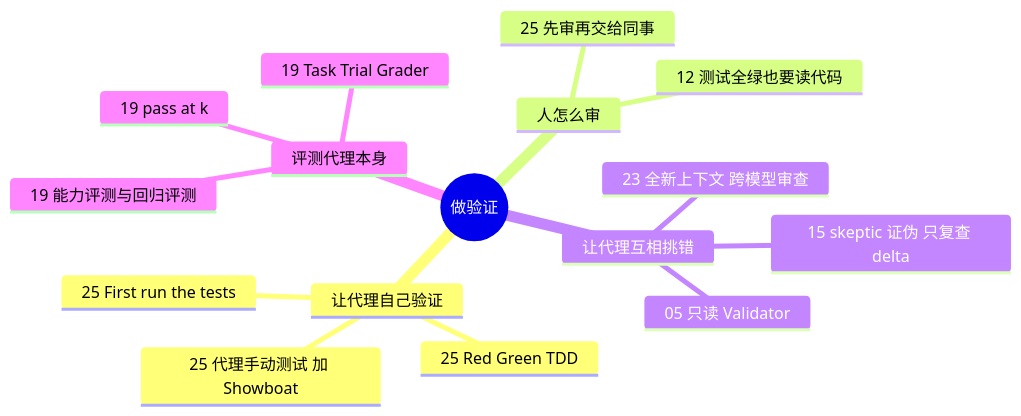
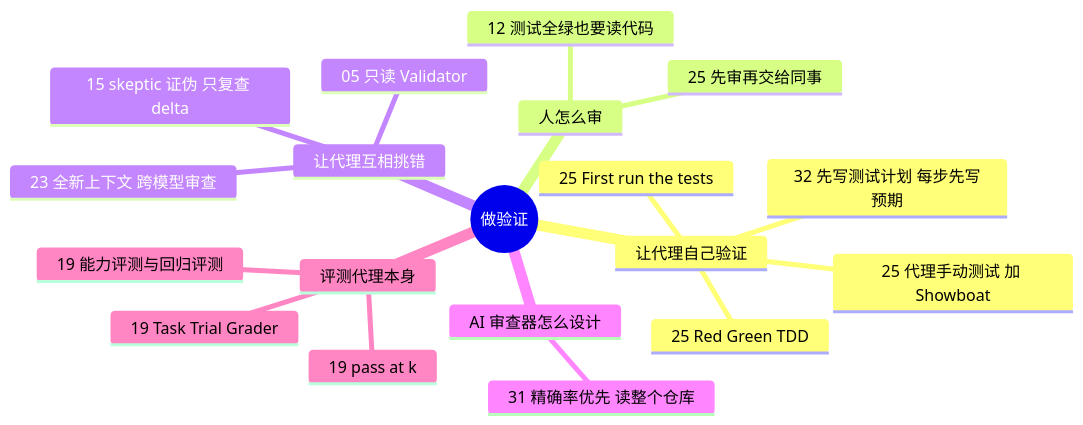
One commit to yzw7489757/ai-coding-videos changed the diagram in docs/guide/verification.md. Above: the diagram before and after it, drawn with Mermaid. The commit also changed other lines of this file and 34 other files, not shown here.

````diff
--- a/docs/guide/verification.md
+++ b/docs/guide/verification.md
@@ -13,19 +13,22 @@
 ```mermaid
 mindmap
   root((做验证))
     让代理自己验证
       25 Red Green TDD
       25 First run the tests
       25 代理手动测试 加 Showboat
+      32 先写测试计划 每步先写预期
     人怎么审
       12 测试全绿也要读代码
       25 先审再交给同事
     让代理互相挑错
       15 skeptic 证伪 只复查 delta
       05 只读 Validator
       23 全新上下文 跨模型审查
+    AI 审查器怎么设计
+      31 精确率优先 读整个仓库
     评测代理本身
       19 Task Trial Grader
       19 能力评测与回归评测
       19 pass at k
 ```
````
